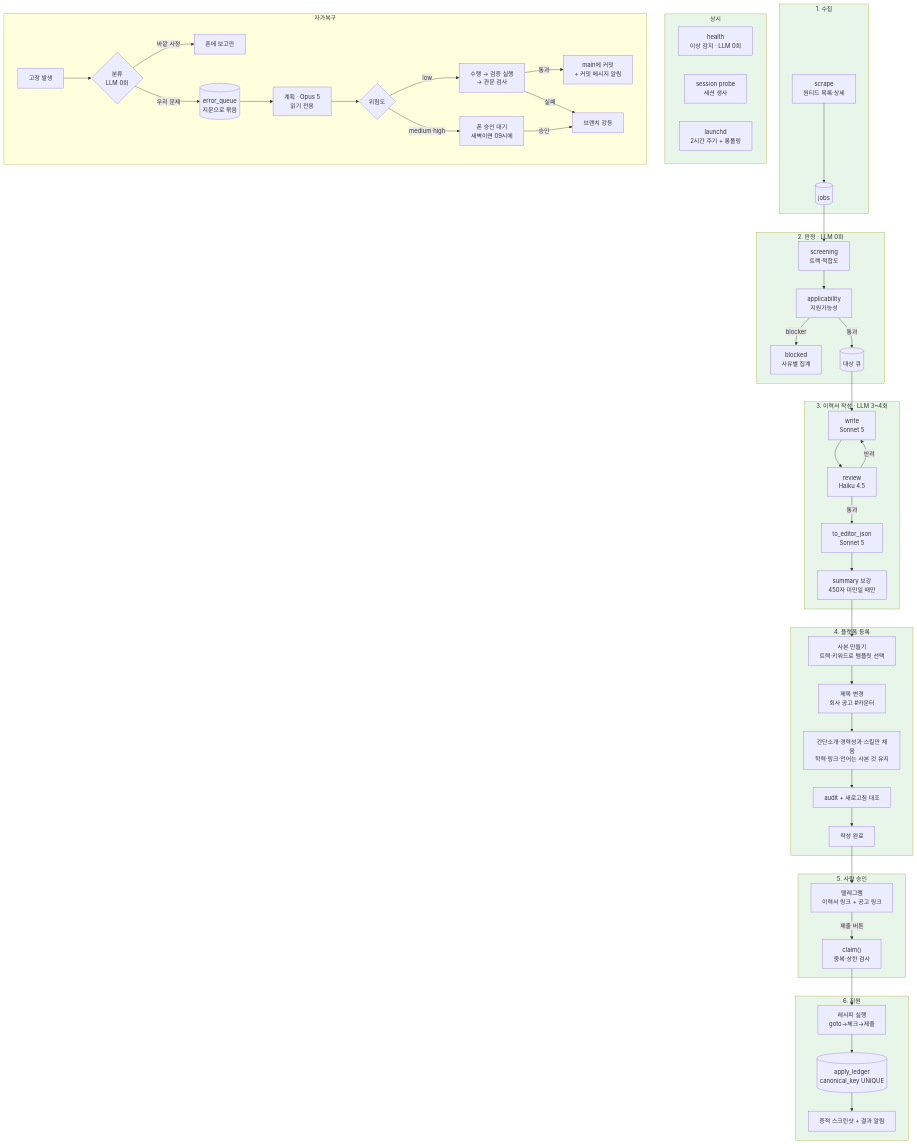
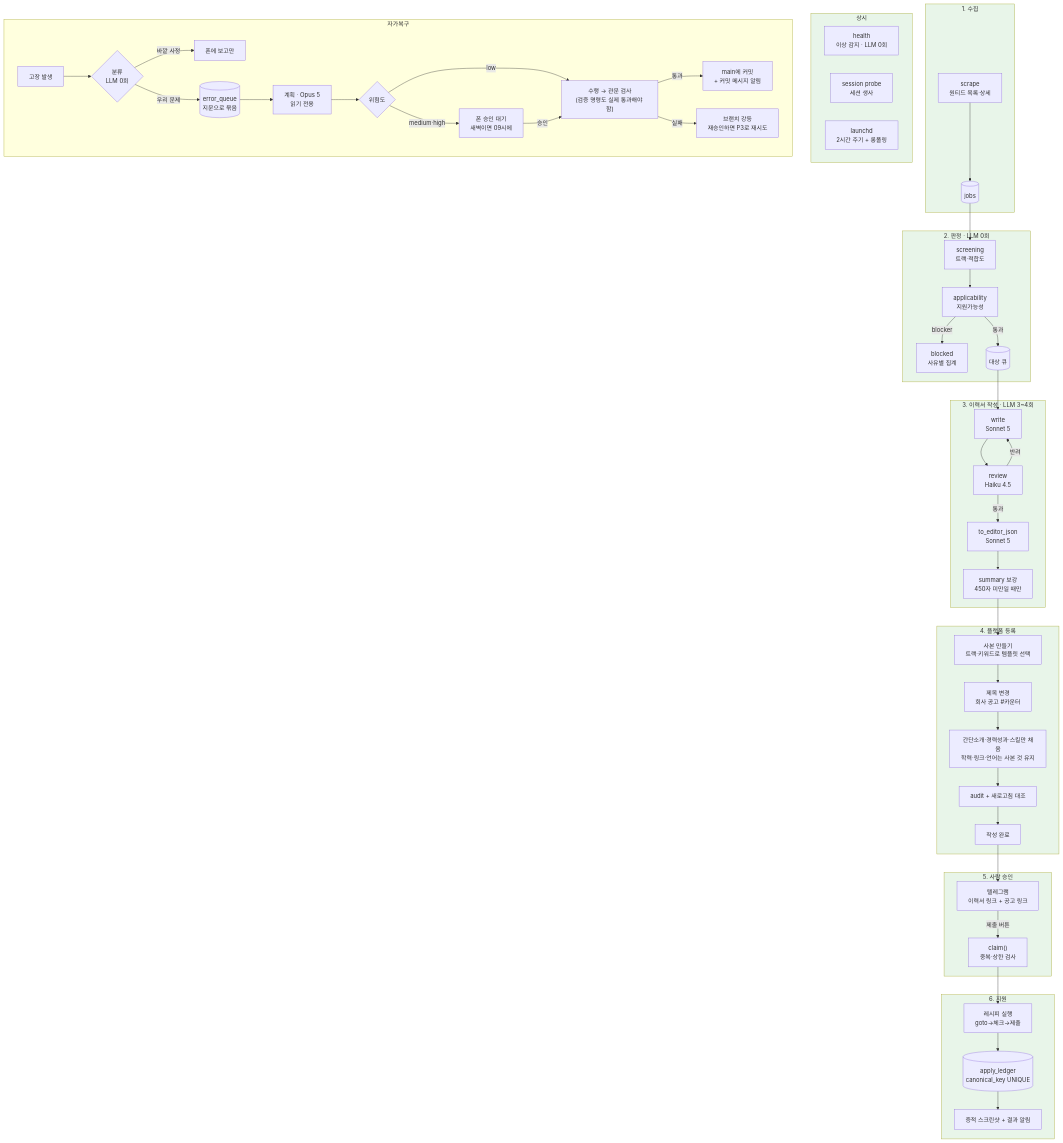
One commit to YaleDevUni/auto-apply changed the diagram in TODO.md. Above: the diagram before and after it, drawn with Mermaid. The commit also changed other lines of this file and 1 other file, not shown here.

````diff
--- a/TODO.md
+++ b/TODO.md
@@ -12,67 +12,67 @@
 ```mermaid
 flowchart TD
     subgraph collect["1. 수집"]
         A["scrape<br/>원티드 목록·상세"] --> B[("jobs")]
     end
 
     subgraph judge["2. 판정 · LLM 0회"]
         B --> C["screening<br/>트랙·적합도"]
         C --> D["applicability<br/>지원가능성"]
         D -->|blocker| BX["blocked<br/>사유별 집계"]
         D -->|통과| E[("대상 큐")]
     end
 
     subgraph build["3. 이력서 작성 · LLM 3~4회"]
         E --> F["write<br/>Sonnet 5"]
         F --> G["review<br/>Haiku 4.5"]
         G -->|반려| F
         G -->|통과| H["to_editor_json<br/>Sonnet 5"]
         H --> I["summary 보강<br/>450자 미만일 때만"]
     end
 
     subgraph editor["4. 플랫폼 등록"]
         I --> J["사본 만들기<br/>트랙·키워드로 템플릿 선택"]
         J --> K["제목 변경<br/>회사 공고 #카운터"]
         K --> L["간단소개·경력성과·스킬만 채움<br/>학력·링크·언어는 사본 것 유지"]
         L --> M["audit + 새로고침 대조"]
         M --> N["작성 완료"]
     end
 
     subgraph approve["5. 사람 승인"]
         N --> O["텔레그램<br/>이력서 링크 + 공고 링크"]
         O -->|제출 버튼| P["claim()<br/>중복·상한 검사"]
     end
 
     subgraph submit["6. 지원"]
         P --> Q["레시피 실행<br/>goto→체크→제출"]
         Q --> R[("apply_ledger<br/>canonical_key UNIQUE")]
         R --> S["증적 스크린샷 + 결과 알림"]
     end
 
     subgraph watch["상시"]
         T["health<br/>이상 감지 · LLM 0회"]
         U["session probe<br/>세션 생사"]
         V["launchd<br/>2시간 주기 + 롱폴링"]
     end
 
     subgraph repair["자가복구"]
         X["고장 발생"] --> Y{"분류<br/>LLM 0회"}
         Y -->|바깥 사정| Z1["폰에 보고만"]
         Y -->|우리 문제| Z2[("error_queue<br/>지문으로 묶음")]
         Z2 --> P1["계획 · Opus 5<br/>읽기 전용"]
         P1 --> P2{"위험도"}
-        P2 -->|low| P3["수행 → 검증 실행<br/>→ 관문 검사"]
+        P2 -->|low| P3["수행 → 관문 검사<br/>(검증 명령도 실제 통과해야 함)"]
+        P2 -->|medium·high| P6["폰 승인 대기<br/>새벽이면 09시에"]
+        P6 -->|승인| P3
         P3 -->|통과| P4["main에 커밋<br/>+ 커밋 메시지 알림"]
-        P3 -->|실패| P5["브랜치 강등"]
-        P2 -->|medium·high| P6["폰 승인 대기<br/>새벽이면 09시에"]
-        P6 -->|승인| P5
+        P3 -->|실패| P5["브랜치 강등<br/>재승인하면 P3로 재시도"]
     end
 
     style collect fill:#e8f5e9
     style judge fill:#e8f5e9
     style build fill:#e8f5e9
     style editor fill:#e8f5e9
     style approve fill:#e8f5e9
     style submit fill:#e8f5e9
     style watch fill:#e8f5e9
 ```
````
